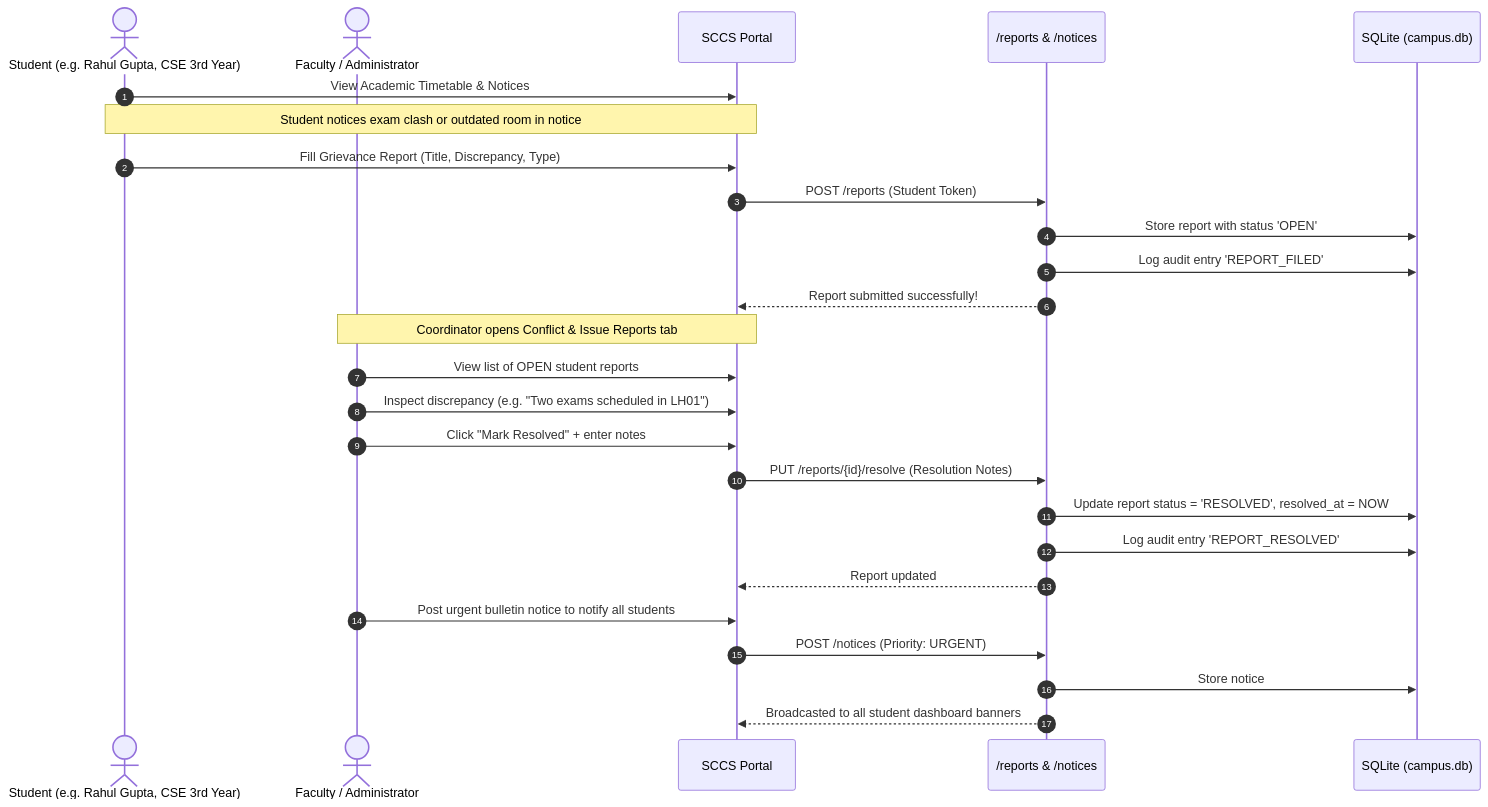
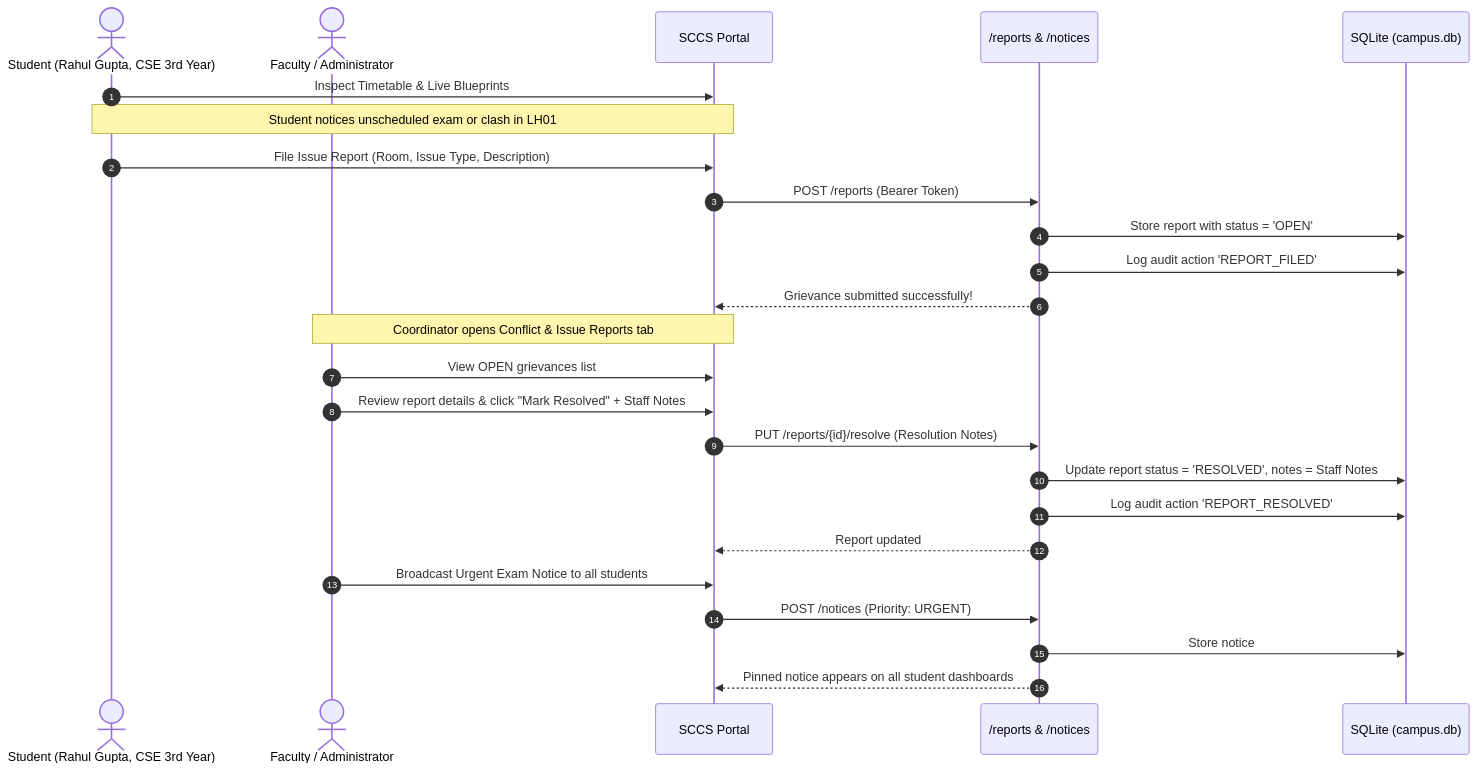
The third of 4 diagrams in DOCS.md (ayushsrivastav9598-glitch/sccs), drawn with Mermaid before and after one commit. The commit also changed other lines of this file and 2 other files, not shown here.

Commit message:
docs: add comprehensive project documentation report and publication HTML for submission

````diff
--- a/DOCS.md
+++ b/DOCS.md
@@ -182,30 +185,29 @@
 ```mermaid
 sequenceDiagram
     autonumber
-    actor Student as Student (e.g. Rahul Gupta, CSE 3rd Year)
+    actor Student as Student (Rahul Gupta, CSE 3rd Year)
     actor FacultyAdmin as Faculty / Administrator
     participant UI as SCCS Portal
     participant API as /reports & /notices
     participant DB as SQLite (campus.db)
 
-    Student->>UI: View Academic Timetable & Notices
-    Note over Student, UI: Student notices exam clash or outdated room in notice
-    Student->>UI: Fill Grievance Report (Title, Discrepancy, Type)
-    UI->>API: POST /reports (Student Token)
-    API->>DB: Store report with status 'OPEN'
-    API->>DB: Log audit entry 'REPORT_FILED'
-    API-->>UI: Report submitted successfully!
+    Student->>UI: Inspect Timetable & Live Blueprints
+    Note over Student, UI: Student notices unscheduled exam or clash in LH01
+    Student->>UI: File Issue Report (Room, Issue Type, Description)
+    UI->>API: POST /reports (Bearer Token)
+    API->>DB: Store report with status = 'OPEN'
+    API->>DB: Log audit action 'REPORT_FILED'
+    API-->>UI: Grievance submitted successfully!
 
     Note over FacultyAdmin, UI: Coordinator opens Conflict & Issue Reports tab
-    FacultyAdmin->>UI: View list of OPEN student reports
-    FacultyAdmin->>UI: Inspect discrepancy (e.g. "Two exams scheduled in LH01")
-    FacultyAdmin->>UI: Click "Mark Resolved" + enter notes
+    FacultyAdmin->>UI: View OPEN grievances list
+    FacultyAdmin->>UI: Review report details & click "Mark Resolved" + Staff Notes
     UI->>API: PUT /reports/{id}/resolve (Resolution Notes)
-    API->>DB: Update report status = 'RESOLVED', resolved_at = NOW
-    API->>DB: Log audit entry 'REPORT_RESOLVED'
+    API->>DB: Update report status = 'RESOLVED', notes = Staff Notes
+    API->>DB: Log audit action 'REPORT_RESOLVED'
     API-->>UI: Report updated
-    FacultyAdmin->>UI: Post urgent bulletin notice to notify all students
+    FacultyAdmin->>UI: Broadcast Urgent Exam Notice to all students
     UI->>API: POST /notices (Priority: URGENT)
     API->>DB: Store notice
-    API-->>UI: Broadcasted to all student dashboard banners
+    API-->>UI: Pinned notice appears on all student dashboards
 ```
````
